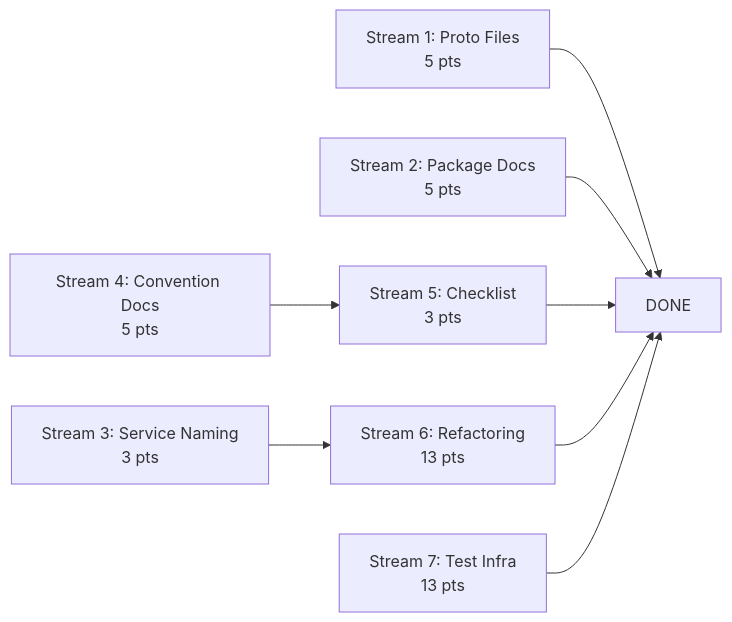
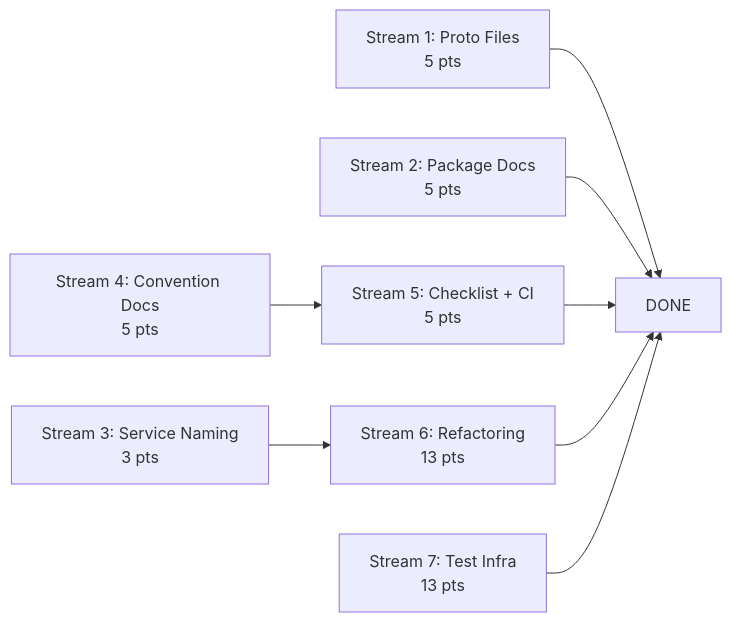
The diagram in docs/prd/049-codebase-consistency.md (meridianhub/meridian), drawn with Mermaid before and after one commit. The commit also changed other lines of this file, not shown here.

````diff
--- a/docs/prd/049-codebase-consistency.md
+++ b/docs/prd/049-codebase-consistency.md
@@ -66,10 +66,10 @@
 ```mermaid
 graph LR
     S1["Stream 1: Proto Files<br/>5 pts"] --> DONE
     S2["Stream 2: Package Docs<br/>5 pts"] --> DONE
     S3["Stream 3: Service Naming<br/>3 pts"] --> S6
     S4["Stream 4: Convention Docs<br/>5 pts"] --> S5
-    S5["Stream 5: Checklist<br/>3 pts"] --> DONE
+    S5["Stream 5: Checklist + CI<br/>5 pts"] --> DONE
     S6["Stream 6: Refactoring<br/>13 pts"] --> DONE
     S7["Stream 7: Test Infra<br/>13 pts"] --> DONE
 ```
````
